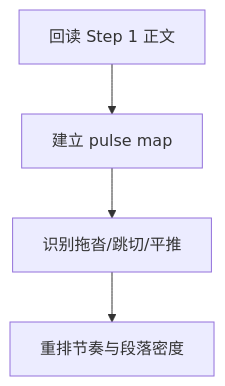
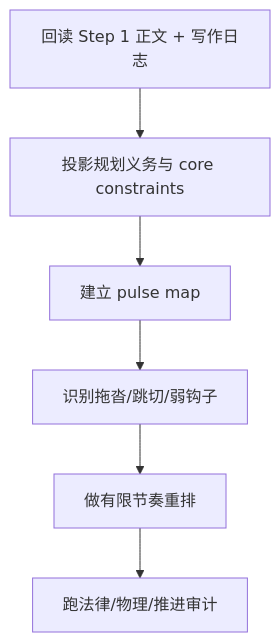
Before and after one commit to ZEN-VOID/AI-CUT: the first of 3 diagrams in .agents/skills/story/3-Drafting/2-节奏优化/SKILL.md, drawn with Mermaid. The commit also changed other lines of this file and 291 other files, not shown here.

````diff
--- a/.agents/skills/story/3-Drafting/2-节奏优化/SKILL.md
+++ b/.agents/skills/story/3-Drafting/2-节奏优化/SKILL.md
@@ -73,6 +124,8 @@
 ```mermaid
 flowchart TD
-    A["回读 Step 1 正文"] --> B["建立 pulse map"]
-    B --> C["识别拖沓/跳切/平推"]
-    C --> D["重排节奏与段落密度"]
+    A["回读 Step 1 正文 + 写作日志"] --> B["投影规划义务与 core constraints"]
+    B --> C["建立 pulse map"]
+    C --> D["识别拖沓/跳切/弱钩子"]
+    D --> E["做有限节奏重排"]
+    E --> F["跑法律/物理/推进审计"]
 ```
````
